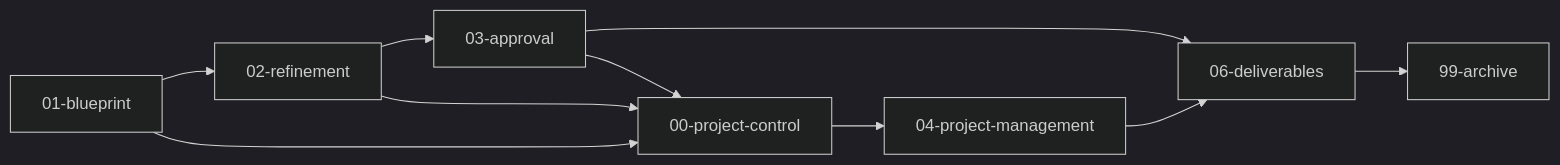
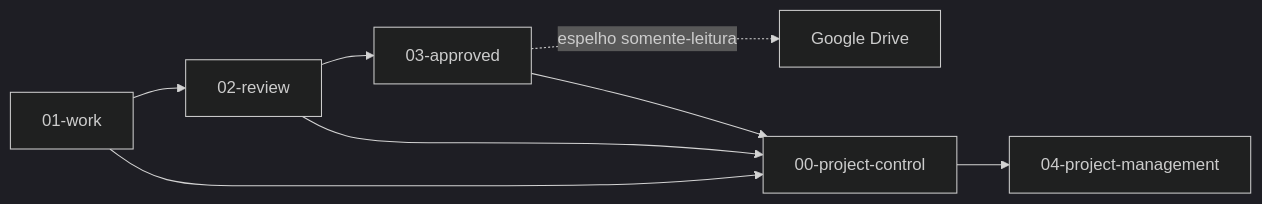
The diagram in README.md (pratofeitoo/the-new-hub-proj-dev-2), drawn with Mermaid (dark theme) before and after one commit. The commit also changed other lines of this file and 139 other files, not shown here.

````diff
--- a/README.md
+++ b/README.md
@@ -32,12 +37,10 @@
 ```mermaid
 flowchart LR
-    A[01-blueprint] --> B[02-refinement]
-    B --> C[03-approval]
-    C --> D[06-deliverables]
+    A[01-work] --> B[02-review]
+    B --> C[03-approved]
+    C -. espelho somente-leitura .-> D[Google Drive]
     A --> E[00-project-control]
     B --> E
     C --> E
     E --> F[04-project-management]
-    F --> D
-    D --> G[99-archive]
 ```
````
